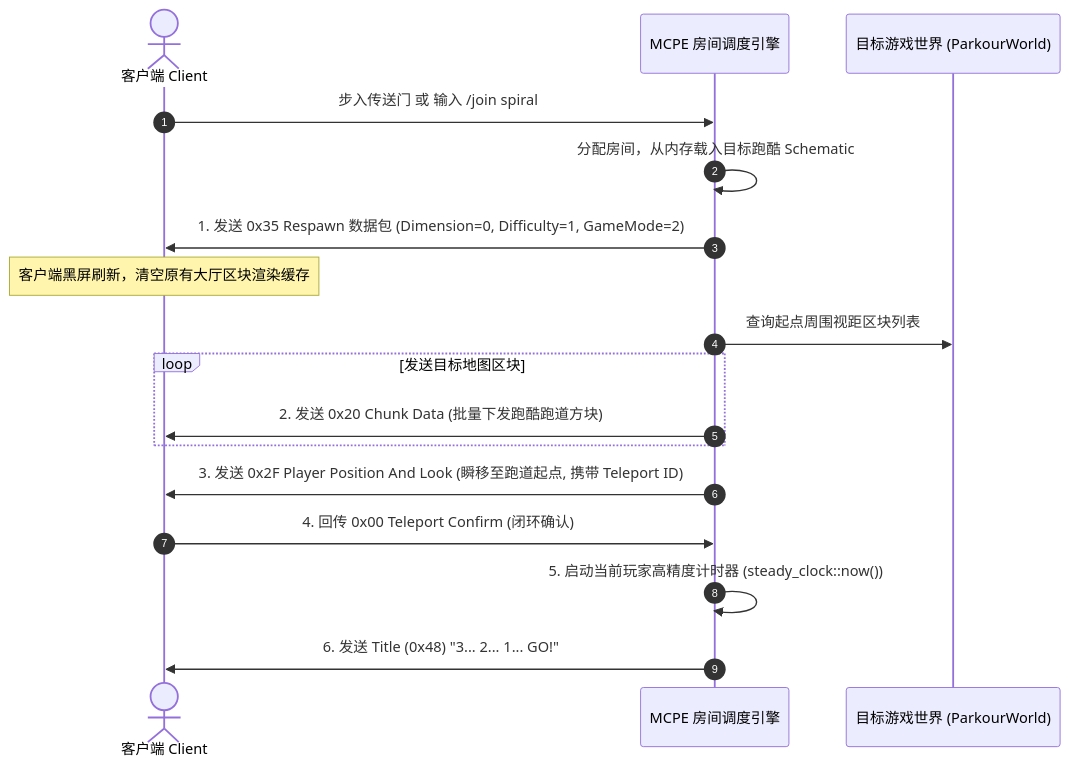
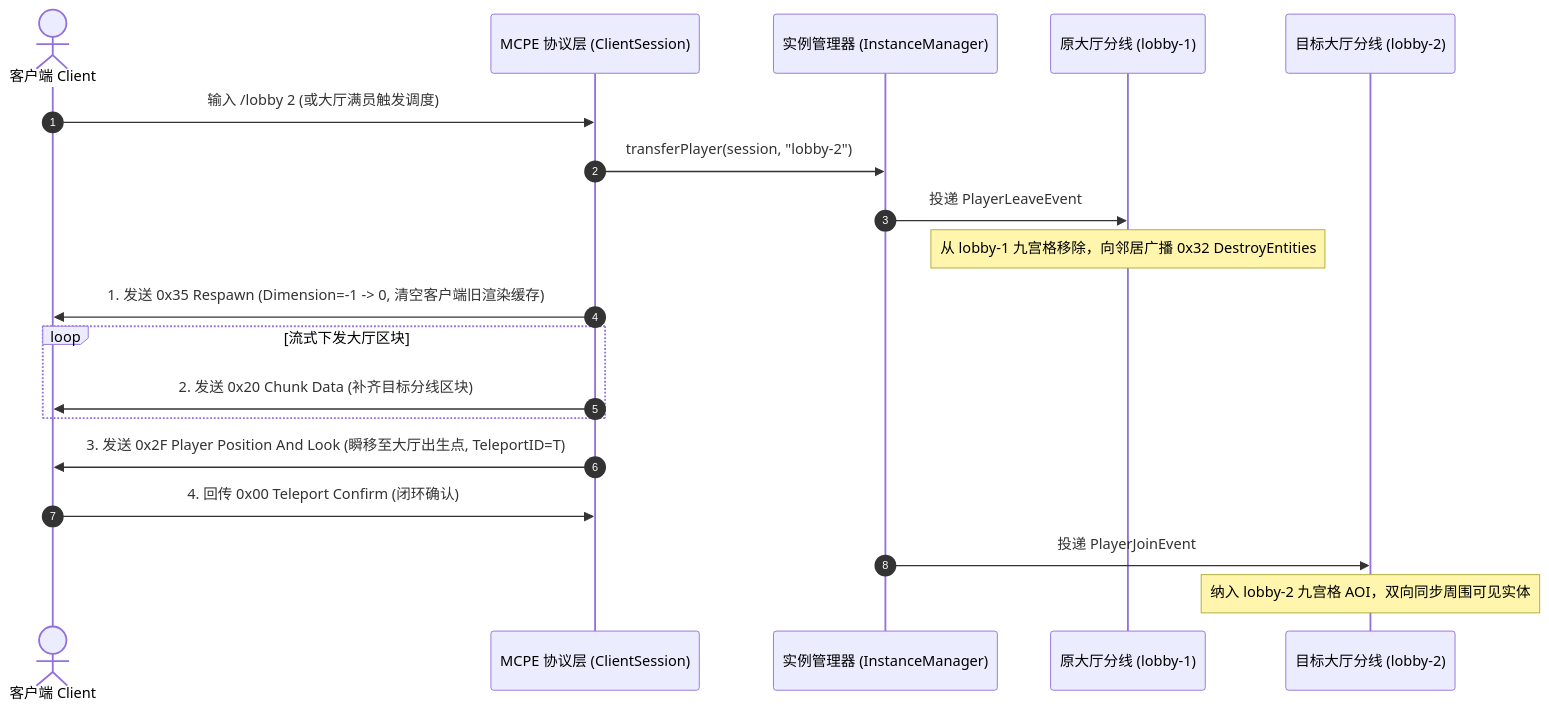
Before and after one commit to syuany/mcpe: the third of 3 diagrams in doc/05_房间状态机与状态同步设计.md, drawn with Mermaid. The commit also changed other lines of this file and 49 other files, not shown here.

````diff
--- a/doc/05_房间状态机与状态同步设计.md
+++ b/doc/05_房间状态机与状态同步设计.md
@@ -112,20 +102,22 @@
 ```mermaid
 sequenceDiagram
     autonumber
     actor Player as 客户端 Client
-    participant Server as MCPE 房间调度引擎
-    participant World as 目标游戏世界 (ParkourWorld)
+    participant Server as MCPE 协议层 (ClientSession)
+    participant IM as 实例管理器 (InstanceManager)
+    participant L1 as 原大厅分线 (lobby-1)
+    participant L2 as 目标大厅分线 (lobby-2)
 
-    Player->>Server: 步入传送门 或 输入 /join spiral
-    Server->>Server: 分配房间，从内存载入目标跑酷 Schematic
-    Server->>Player: 1. 发送 0x35 Respawn 数据包 (Dimension=0, Difficulty=1, GameMode=2)
-    Note over Player: 客户端黑屏刷新，清空原有大厅区块渲染缓存
-    Server->>World: 查询起点周围视距区块列表
-    loop 发送目标地图区块
-        Server->>Player: 2. 发送 0x20 Chunk Data (批量下发跑酷跑道方块)
+    Player->>Server: 输入 /lobby 2 (或大厅满员触发调度)
+    Server->>IM: transferPlayer(session, "lobby-2")
+    IM->>L1: 投递 PlayerLeaveEvent
+    Note over L1: 从 lobby-1 九宫格移除，向邻居广播 0x32 DestroyEntities
+    Server->>Player: 1. 发送 0x35 Respawn (Dimension=-1 -> 0, 清空客户端旧渲染缓存)
+    loop 流式下发大厅区块
+        Server->>Player: 2. 发送 0x20 Chunk Data (补齐目标分线区块)
     end
-    Server->>Player: 3. 发送 0x2F Player Position And Look (瞬移至跑道起点, 携带 Teleport ID)
+    Server->>Player: 3. 发送 0x2F Player Position And Look (瞬移至大厅出生点, TeleportID=T)
     Player->>Server: 4. 回传 0x00 Teleport Confirm (闭环确认)
-    Server->>Server: 5. 启动当前玩家高精度计时器 (steady_clock::now())
-    Server->>Player: 6. 发送 Title (0x48) "3... 2... 1... GO!"
+    IM->>L2: 投递 PlayerJoinEvent
+    Note over L2: 纳入 lobby-2 九宫格 AOI，双向同步周围可见实体
 ```
````
